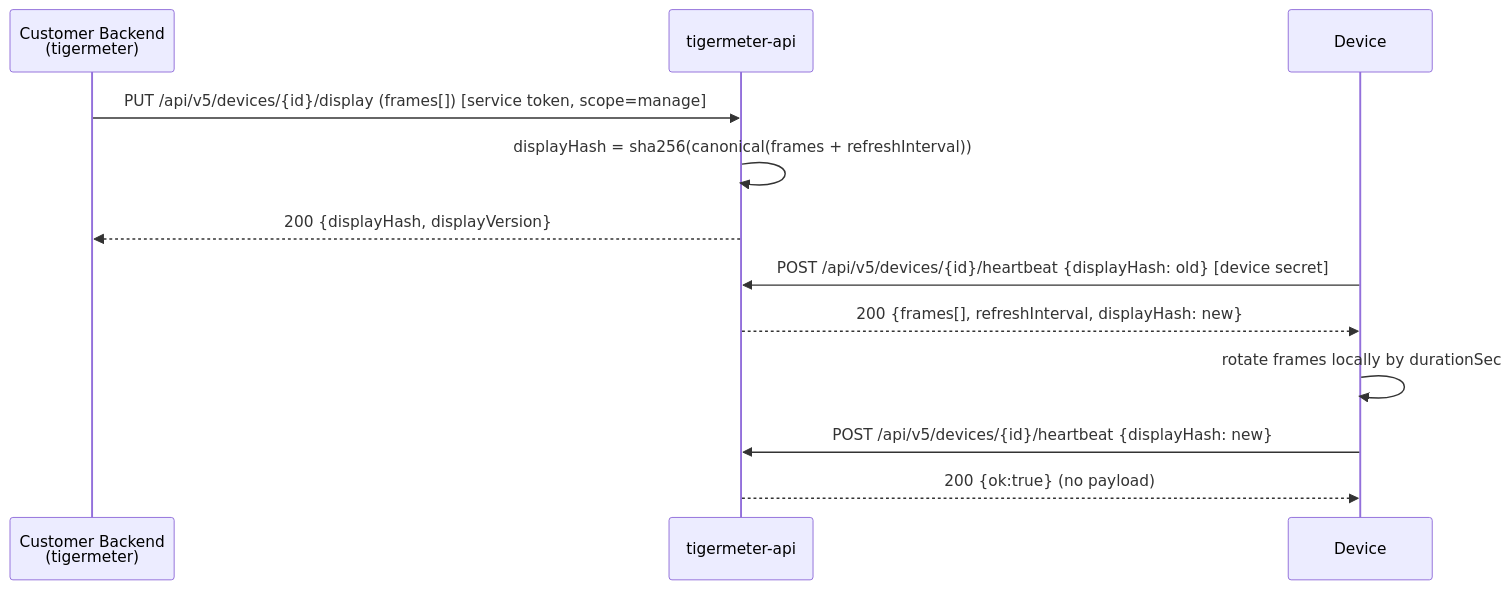
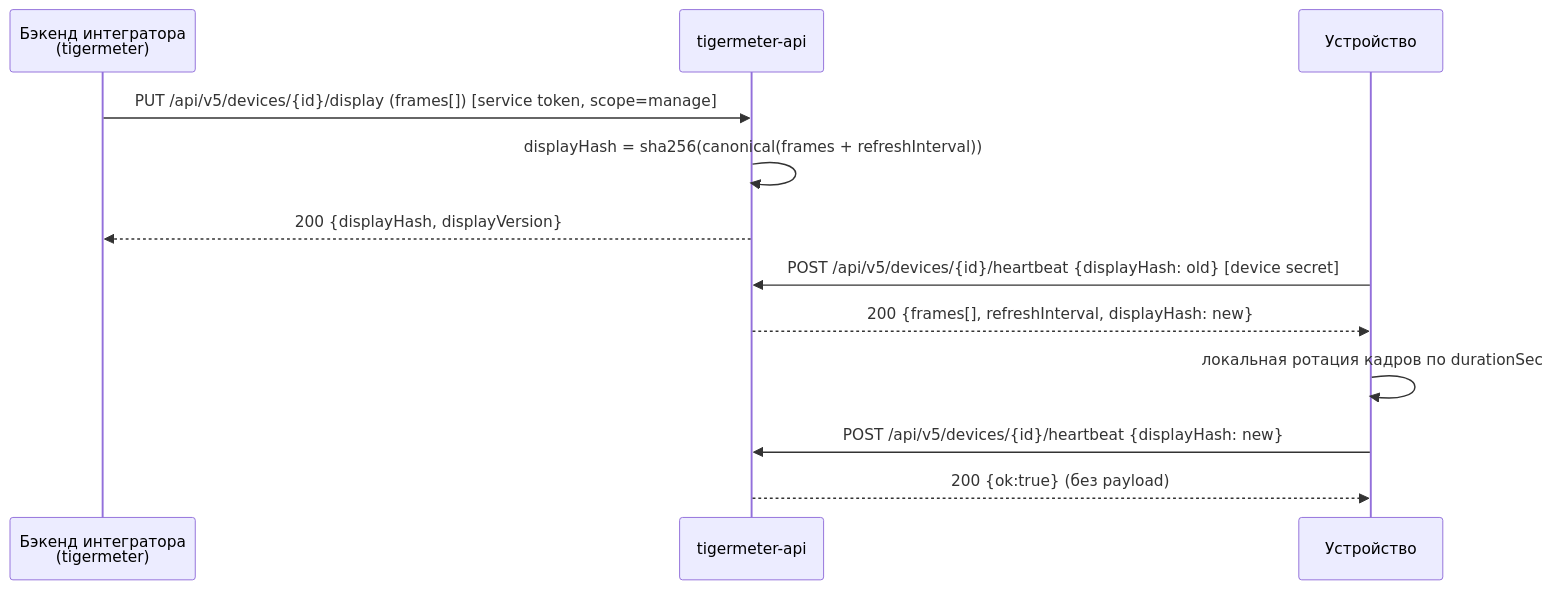
Before and after one commit to rd1-io/tigermeter-api: the diagram in README.md, drawn with Mermaid. The commit also changed other lines of this file and 5 other files, not shown here.

First line of the commit message:
docs: русская документация API v5 и предложение для интегратора

````diff
--- a/README.md
+++ b/README.md
@@ -30,14 +30,14 @@
 ```mermaid
 sequenceDiagram
-    participant Cust as Customer Backend<br/>(tigermeter)
+    participant Cust as Бэкенд интегратора<br/>(tigermeter)
     participant API as tigermeter-api
-    participant Device
+    participant Device as Устройство
     Cust->>API: PUT /api/v5/devices/{id}/display (frames[])  [service token, scope=manage]
     API->>API: displayHash = sha256(canonical(frames + refreshInterval))
     API-->>Cust: 200 {displayHash, displayVersion}
     Device->>API: POST /api/v5/devices/{id}/heartbeat {displayHash: old}  [device secret]
     API-->>Device: 200 {frames[], refreshInterval, displayHash: new}
-    Device->>Device: rotate frames locally by durationSec
+    Device->>Device: локальная ротация кадров по durationSec
     Device->>API: POST /api/v5/devices/{id}/heartbeat {displayHash: new}
-    API-->>Device: 200 {ok:true}  (no payload)
+    API-->>Device: 200 {ok:true}  (без payload)
 ```
````
